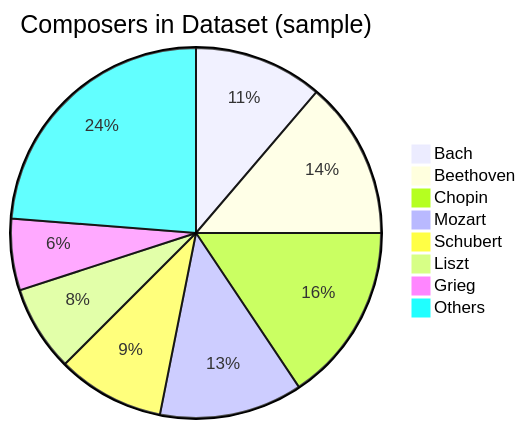
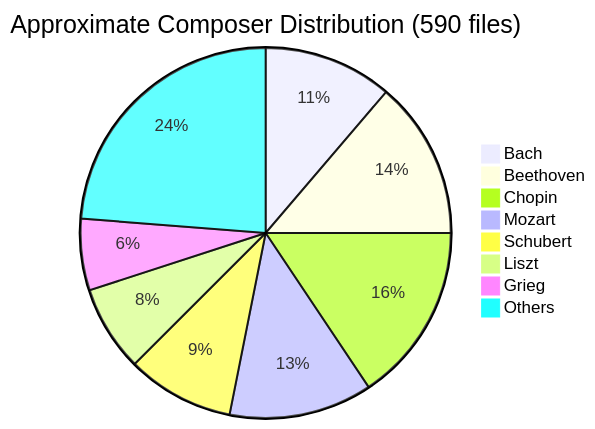
One commit to mperumal-usd/capstone_team_3 changed the second of 7 diagrams in website/docs/pipeline.md. Above: the diagram before and after it, drawn with Mermaid. The commit also changed other lines of this file and 1 other file, not shown here.

````diff
--- a/website/docs/pipeline.md
+++ b/website/docs/pipeline.md
@@ -32,11 +32,11 @@
 ```mermaid
-pie title Composers in Dataset (sample)
+pie title Approximate Composer Distribution (590 files)
     "Bach" : 18
     "Beethoven" : 22
     "Chopin" : 25
     "Mozart" : 20
     "Schubert" : 15
     "Liszt" : 12
     "Grieg" : 10
     "Others" : 38
 ```
````
